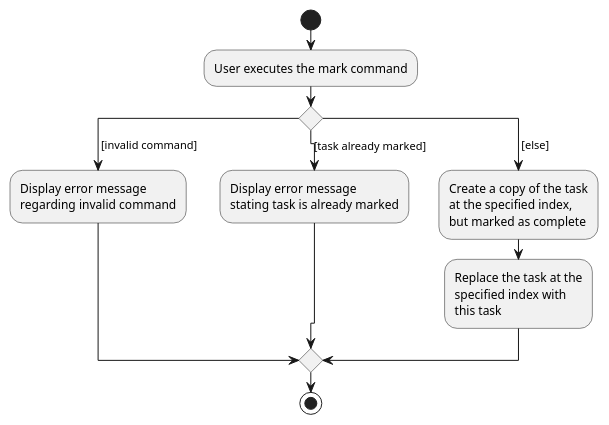
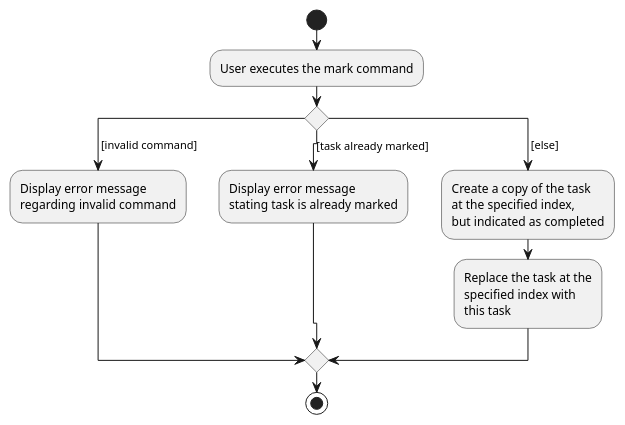
The diagram in docs/diagrams/MarkTaskActivityDiagram.puml (nus-cs2103-AY2223S1/tp), drawn with PlantUML before and after one commit. The commit also changed 11 other files, not shown here.

```diff
--- a/docs/diagrams/MarkTaskActivityDiagram.puml
+++ b/docs/diagrams/MarkTaskActivityDiagram.puml
@@ -1,20 +1,20 @@
 @startuml
 start
 :User executes the mark command;
 switch ()
 case ( [invalid command] )
   :Display error message
   regarding invalid command;
 case ( [task already marked] )
   :Display error message
   stating task is already marked;
 case ( [else] )
   :Create a copy of the task
   at the specified index,
-  but marked as complete;
+  but indicated as completed;
   :Replace the task at the
   specified index with
   this task;
 endswitch
 stop
 @enduml
```
